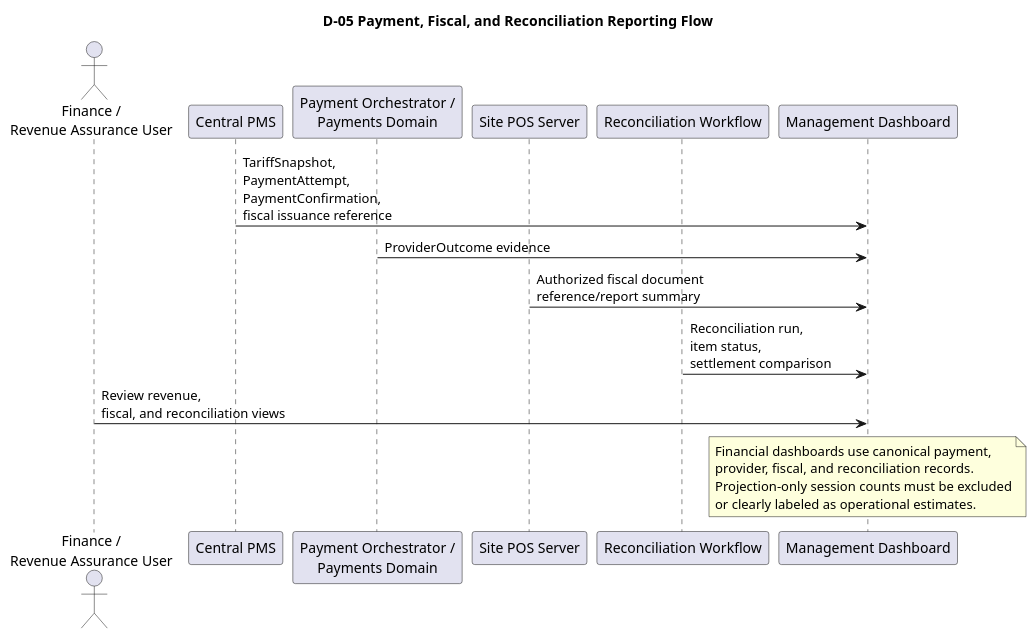
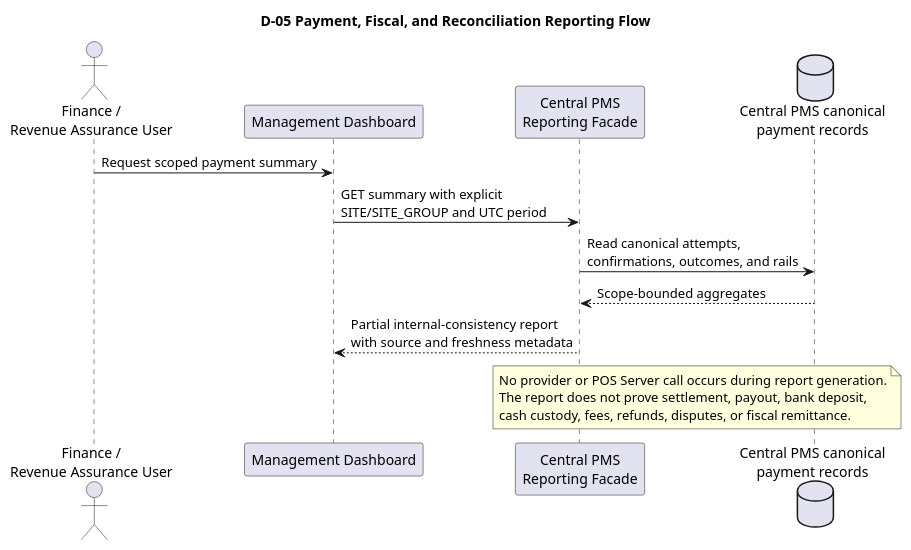
One commit to darwinpasco/ExitPass changed the diagram in docs/v1.3/management-dashboard-reporting/diagrams/D-05_Payment_Fiscal_and_Reconciliation_Reporting_Flow.puml. Above: the diagram before and after it, drawn with PlantUML. The commit also changed 22 other files, not shown here.

First line of the commit message:
feat(management-platform): add payment reconciliation reporting

```diff
--- a/docs/v1.3/management-dashboard-reporting/diagrams/D-05_Payment_Fiscal_and_Reconciliation_Reporting_Flow.puml
+++ b/docs/v1.3/management-dashboard-reporting/diagrams/D-05_Payment_Fiscal_and_Reconciliation_Reporting_Flow.puml
@@ -1,23 +1,20 @@
 @startuml
 title D-05 Payment, Fiscal, and Reconciliation Reporting Flow
 
 actor "Finance /\nRevenue Assurance User" as Finance
-participant "Central PMS" as CPMS
-participant "Payment Orchestrator /\nPayments Domain" as Pay
-participant "Site POS Server" as POS
-participant "Reconciliation Workflow" as Recon
 participant "Management Dashboard" as Dash
+participant "Central PMS\nReporting Facade" as CPMS
+database "Central PMS canonical\npayment records" as Store
 
-CPMS -> Dash : TariffSnapshot,\nPaymentAttempt,\nPaymentConfirmation,\nfiscal issuance reference
-Pay -> Dash : ProviderOutcome evidence
-POS -> Dash : Authorized fiscal document\nreference/report summary
-Recon -> Dash : Reconciliation run,\nitem status,\nsettlement comparison
-Finance -> Dash : Review revenue,\nfiscal, and reconciliation views
+Finance -> Dash : Request scoped payment summary
+Dash -> CPMS : GET summary with explicit\nSITE/SITE_GROUP and UTC period
+CPMS -> Store : Read canonical attempts,\nconfirmations, outcomes, and rails
+Store --> CPMS : Scope-bounded aggregates
+CPMS --> Dash : Partial internal-consistency report\nwith source and freshness metadata
 
-note over Dash
-Financial dashboards use canonical payment,
-provider, fiscal, and reconciliation records.
-Projection-only session counts must be excluded
-or clearly labeled as operational estimates.
+note over CPMS, Store
+No provider or POS Server call occurs during report generation.
+The report does not prove settlement, payout, bank deposit,
+cash custody, fees, refunds, disputes, or fiscal remittance.
 end note
 @enduml
```
